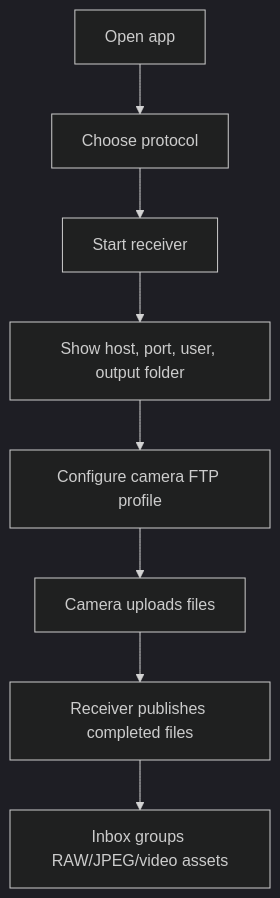
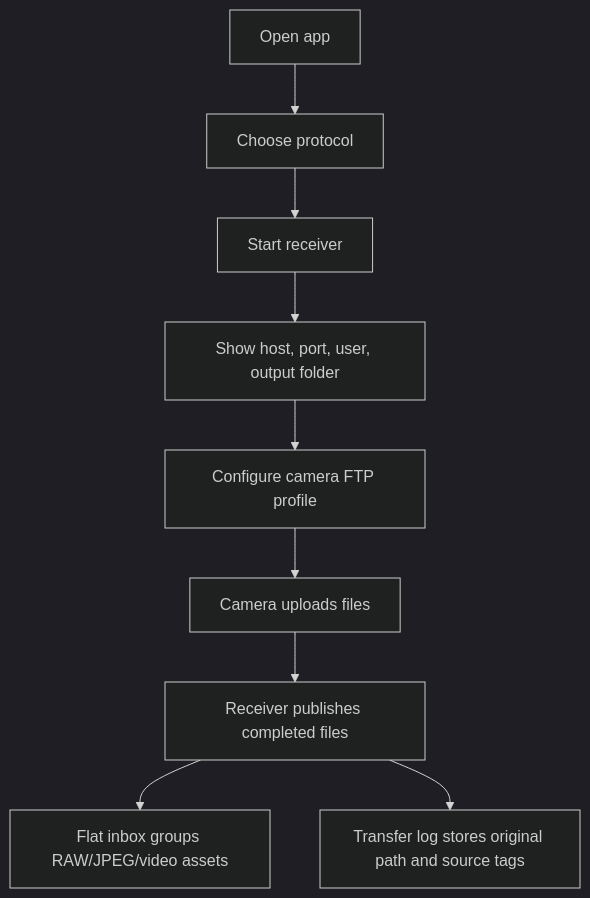
Before and after one commit to CrazyNB/camera_connector: the diagram in docs/product/prototype-spec.md, drawn with Mermaid (dark theme). The commit also changed other lines of this file and 21 other files, not shown here.

Commit message:
feat: flatten inbox and log transfers

````diff
--- a/docs/product/prototype-spec.md
+++ b/docs/product/prototype-spec.md
@@ -9,10 +9,11 @@
 ```mermaid
 flowchart TD
   A["Open app"] --> B["Choose protocol"]
   B --> C["Start receiver"]
   C --> D["Show host, port, user, output folder"]
   D --> E["Configure camera FTP profile"]
   E --> F["Camera uploads files"]
   F --> G["Receiver publishes completed files"]
-  G --> H["Inbox groups RAW/JPEG/video assets"]
+  G --> H["Flat inbox groups RAW/JPEG/video assets"]
+  G --> I["Transfer log stores original path and source tags"]
 ```
````
